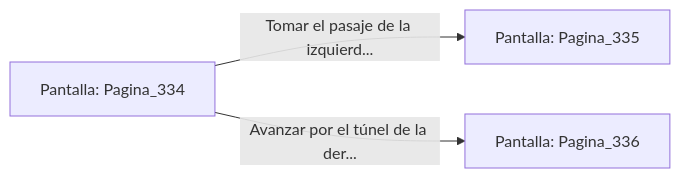
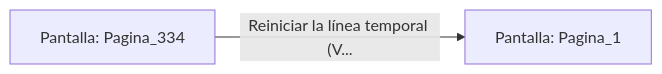
One commit to metsuke/mpl changed the diagram in sample/eligejuego-vault/Pantalla_Pagina_334.md. Above: the diagram before and after it, drawn with Mermaid. The commit also changed other lines of this file and 635 other files, not shown here.

First line of the commit message:
fix: añadir Pagina_1 como pantalla inicial en capitulo_01.mpl

````diff
--- a/sample/eligejuego-vault/Pantalla_Pagina_334.md
+++ b/sample/eligejuego-vault/Pantalla_Pagina_334.md
@@ -20,6 +17,5 @@
 ```mermaid
 graph LR
     P_Pagina_334["Pantalla: Pagina_334"]
-    P_Pagina_334 -->|"Tomar el pasaje de la izquierd..."| P_Pagina_335["Pantalla: Pagina_335"]
-    P_Pagina_334 -->|"Avanzar por el túnel de la der..."| P_Pagina_336["Pantalla: Pagina_336"]
+    P_Pagina_334 -->|"Reiniciar la línea temporal (V..."| P_Pagina_1["Pantalla: Pagina_1"]
 ```
````
